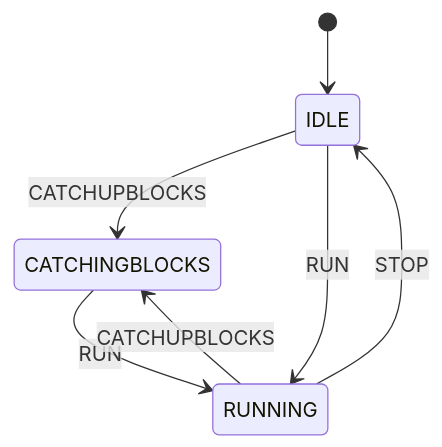
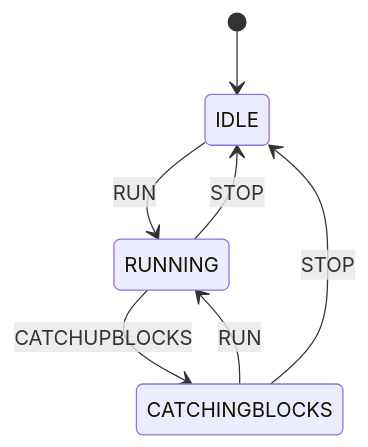
One commit to oskarszoon/teranode changed the diagram in docs/state-machine.diagram.md. Above: the diagram before and after it, drawn with Mermaid. The commit also changed 10 other files, not shown here.

````diff
--- a/docs/state-machine.diagram.md
+++ b/docs/state-machine.diagram.md
@@ -5,9 +5,9 @@
 ```mermaid
 stateDiagram-v2
     [*] --> IDLE
     CATCHINGBLOCKS --> RUNNING: RUN
-    IDLE --> CATCHINGBLOCKS: CATCHUPBLOCKS
+    CATCHINGBLOCKS --> IDLE: STOP
     IDLE --> RUNNING: RUN
     RUNNING --> CATCHINGBLOCKS: CATCHUPBLOCKS
     RUNNING --> IDLE: STOP
 ```
````
